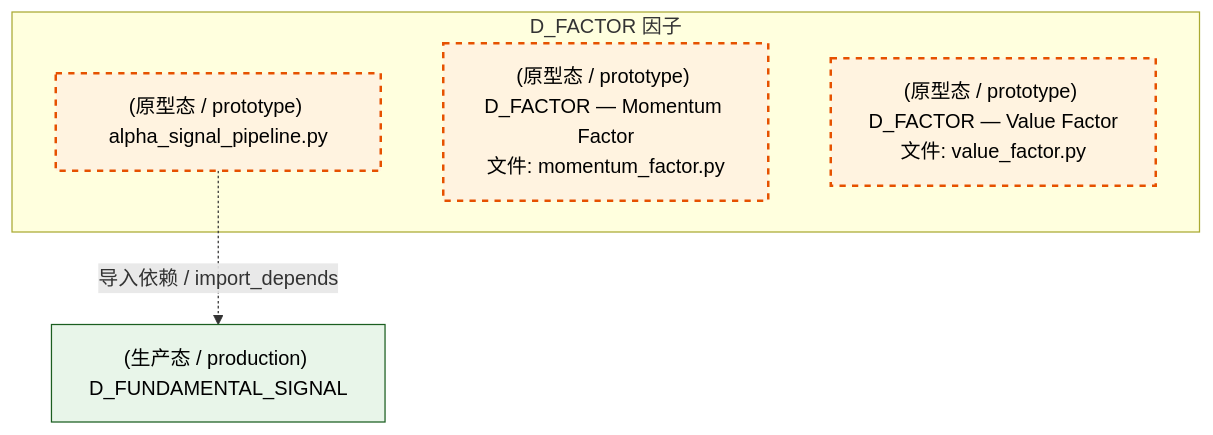
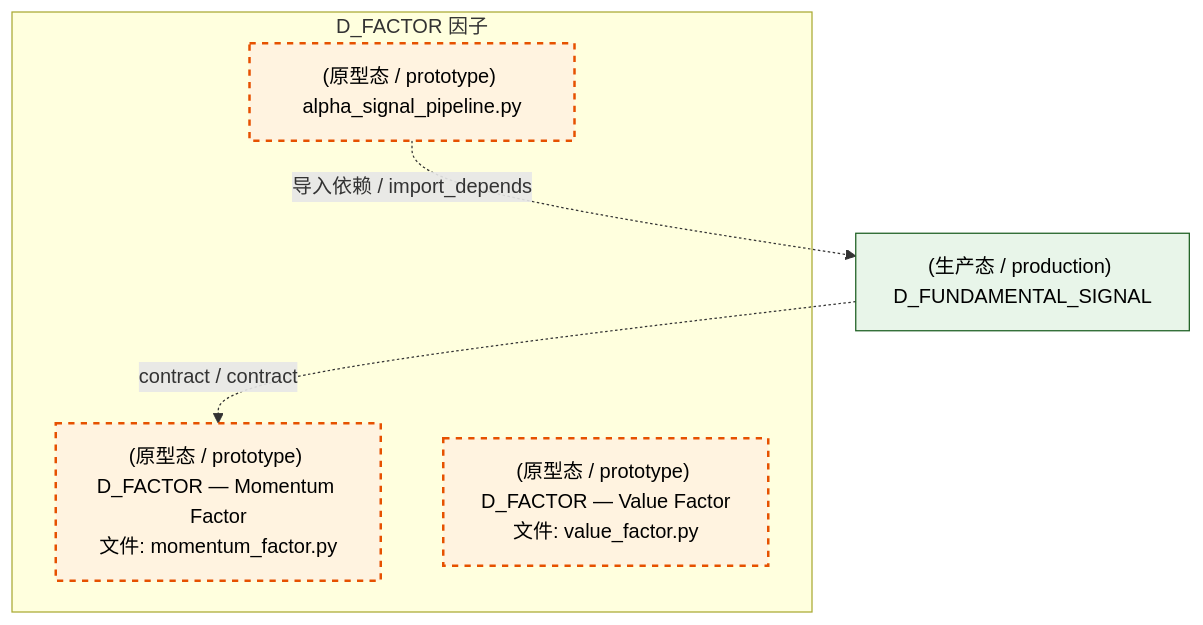
Before and after one commit to xuanFelixVan/ZephyrAlpha: the third of 4 diagrams in docs/02_enterprise_architecture/02_domain_architecture_docs/36_d_factor.md, drawn with Mermaid. The commit also changed other lines of this file and 80 other files, not shown here.

````diff
--- a/docs/02_enterprise_architecture/02_domain_architecture_docs/36_d_factor.md
+++ b/docs/02_enterprise_architecture/02_domain_architecture_docs/36_d_factor.md
@@ -131,16 +132,17 @@
 ```mermaid
 graph TD
     subgraph D_FACTOR["D_FACTOR 因子"]
         src_zephyr_factor_alpha_signal_pipeline_py["(原型态 / prototype) alpha_signal_pipeline.py"]
         src_zephyr_factor_momentum_factor_py["(原型态 / prototype) D_FACTOR — Momentum Factor<br/>文件: momentum_factor.py"]
         src_zephyr_factor_value_factor_py["(原型态 / prototype) D_FACTOR — Value Factor<br/>文件: value_factor.py"]
     end
     D_FUNDAMENTAL_SIGNAL["(生产态 / production) D_FUNDAMENTAL_SIGNAL"]
     src_zephyr_factor_alpha_signal_pipeline_py -.->|导入依赖 / import_depends| D_FUNDAMENTAL_SIGNAL
+    D_FUNDAMENTAL_SIGNAL -.->|contract / contract| src_zephyr_factor_momentum_factor_py
     classDef production fill:#e1f5fe,stroke:#01579b,stroke-width:2px,color:#000
     classDef design fill:#fff3e0,stroke:#e65100,stroke-width:2px,color:#000,stroke-dasharray: 5 5
     classDef external_prod fill:#e8f5e9,stroke:#1b5e20,stroke-width:1px,color:#000
     classDef external_design fill:#fce4ec,stroke:#880e4f,stroke-width:1px,color:#000,stroke-dasharray: 5 5
     class src_zephyr_factor_alpha_signal_pipeline_py,src_zephyr_factor_momentum_factor_py,src_zephyr_factor_value_factor_py design
     class D_FUNDAMENTAL_SIGNAL external_prod
 ```
````
